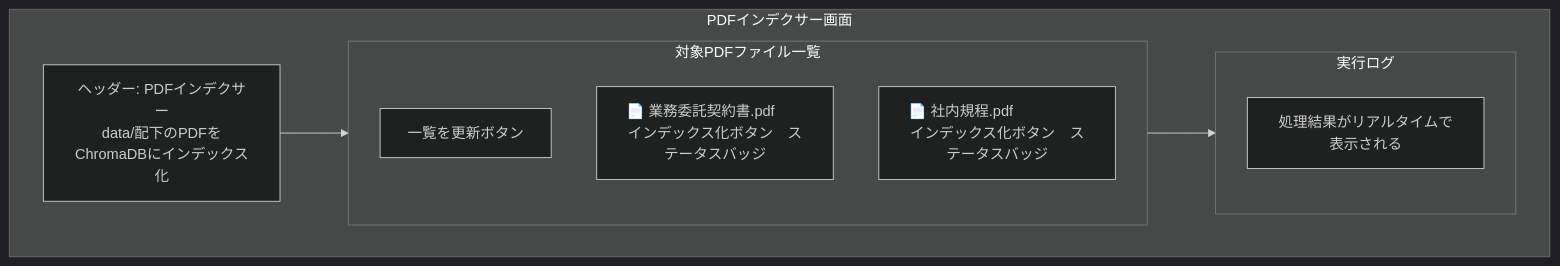
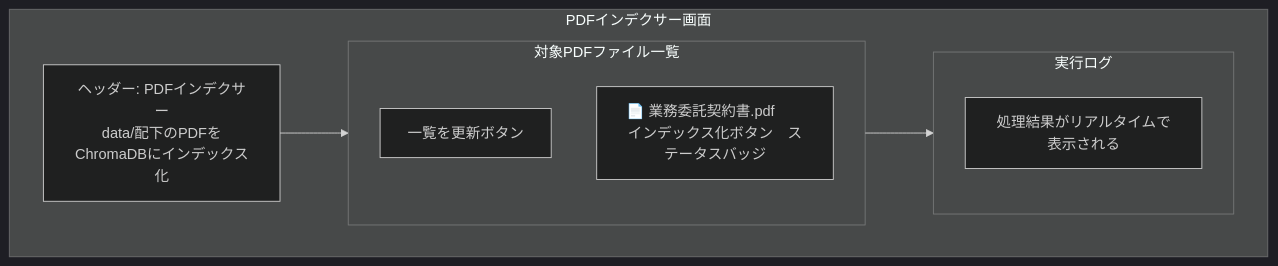
The second of 3 diagrams in docs/design/ui_design.md (redmine54/ai_chat), drawn with Mermaid (dark theme) before and after one commit. The commit also changed other lines of this file and 9 other files, not shown here.

````diff
--- a/docs/design/ui_design.md
+++ b/docs/design/ui_design.md
@@ -49,17 +55,16 @@
 ```mermaid
 graph TD
     subgraph SCR002[PDFインデクサー画面]
         Header2[ヘッダー: PDFインデクサー\ndata/配下のPDFをChromaDBにインデックス化]
         subgraph FileList[対象PDFファイル一覧]
             Reload[一覧を更新ボタン]
             PDF1[📄 業務委託契約書.pdf　　インデックス化ボタン　ステータスバッジ]
-            PDF2[📄 社内規程.pdf　　　　　インデックス化ボタン　ステータスバッジ]
         end
         subgraph Log[実行ログ]
             LogArea[処理結果がリアルタイムで表示される]
         end
     end
 
     Header2 --> FileList
     FileList --> Log
 ```
````
